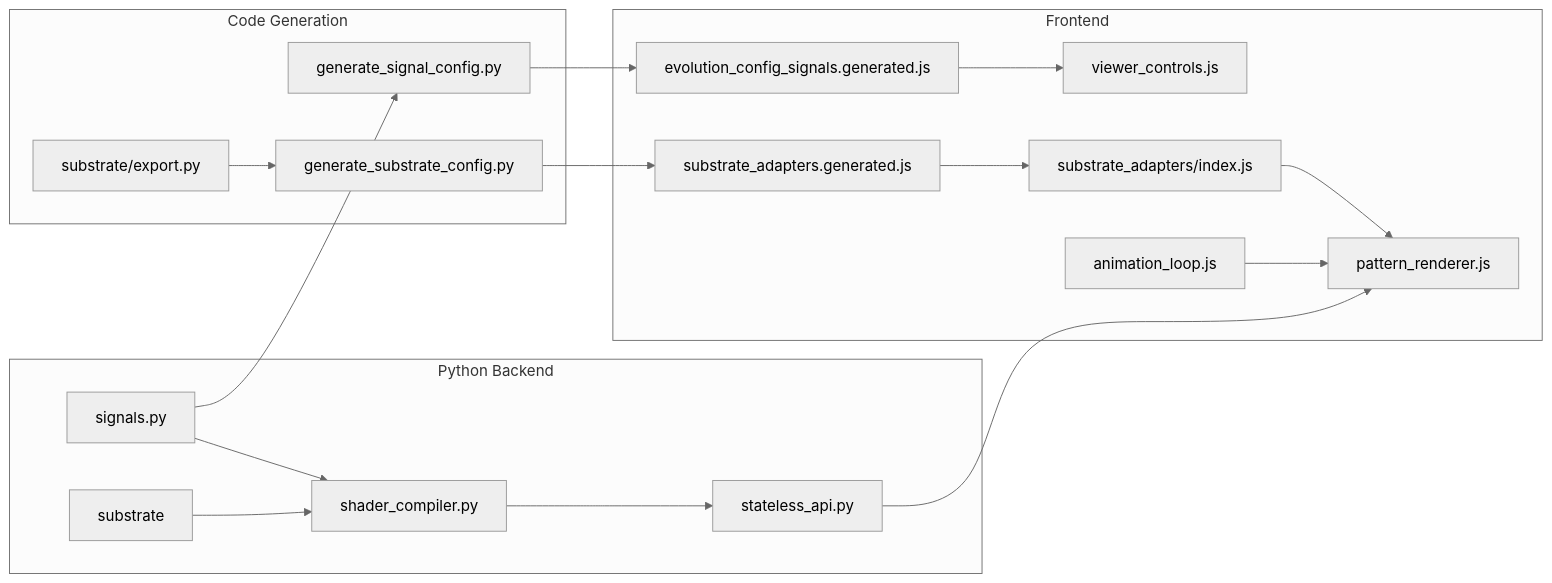
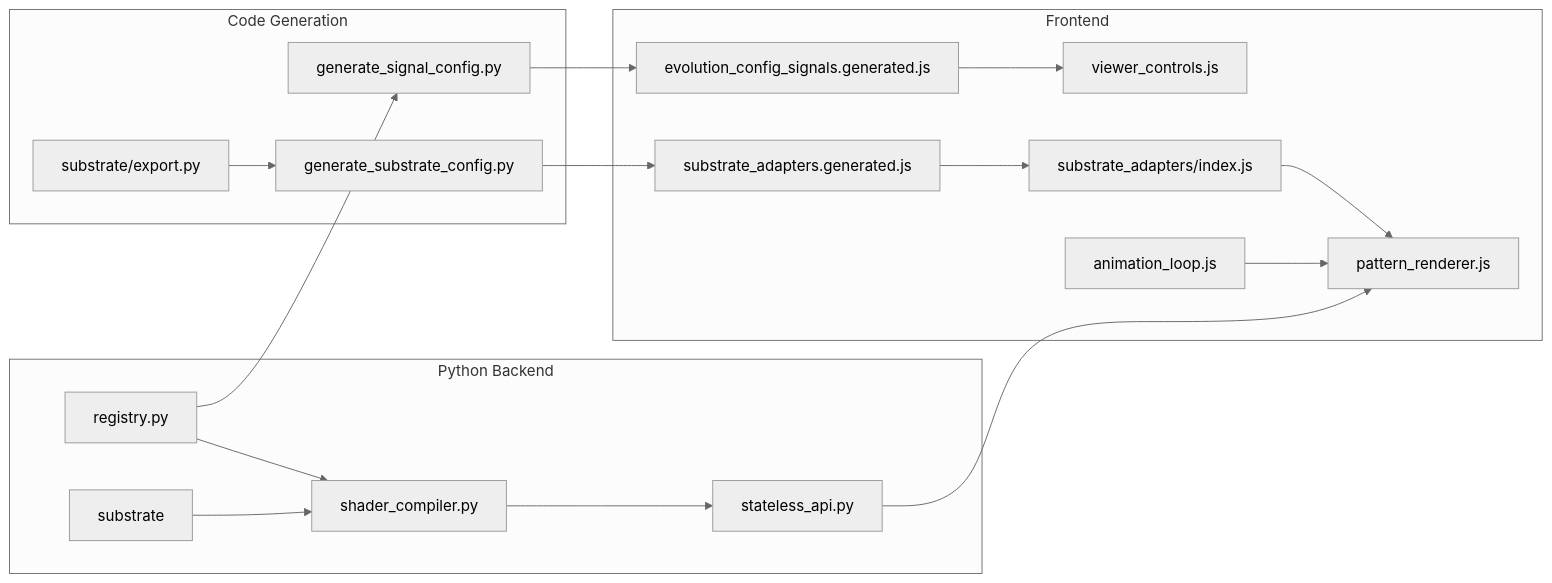
One commit to KeithPatarroyo/eyecatcher changed the diagram in RESEARCHER_GUIDE.md. Above: the diagram before and after it, drawn with Mermaid (neutral theme). The commit also changed other lines of this file and 33 other files, not shown here.

````diff
--- a/RESEARCHER_GUIDE.md
+++ b/RESEARCHER_GUIDE.md
@@ -36,24 +35,24 @@
 ```mermaid
 flowchart LR
     subgraph python [Python Backend]
-        Signals[signals.py] --> ShaderCompiler[shader_compiler.py]
+        Signals[registry.py] --> ShaderCompiler[shader_compiler.py]
         Substrate[substrate]
         Substrate --> ShaderCompiler
         ShaderCompiler --> API[stateless_api.py]
     end
 
     subgraph codegen [Code Generation]
         Signals --> GenSignals[generate_signal_config.py]
         SubExport[substrate/export.py] --> GenSub[generate_substrate_config.py]
     end
 
     subgraph frontend [Frontend]
         GenSignals --> EvConfig[evolution_config_signals.generated.js]
         GenSub --> SubConfig[substrate_adapters.generated.js]
         EvConfig --> ViewerControls[viewer_controls.js]
         SubConfig --> AdapterRegistry[substrate_adapters/index.js]
         AdapterRegistry --> PatternRenderer[pattern_renderer.js]
         AnimLoop[animation_loop.js] --> PatternRenderer
         API --> PatternRenderer
     end
 ```
````
